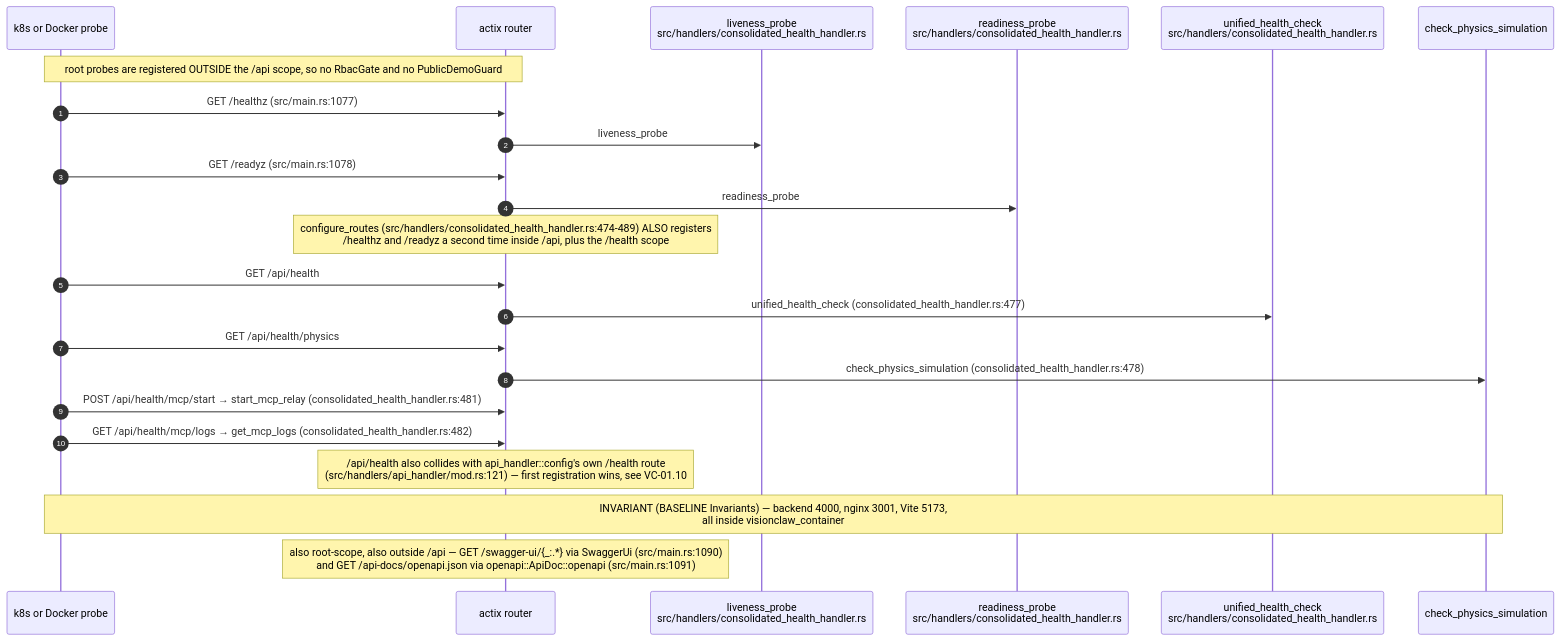
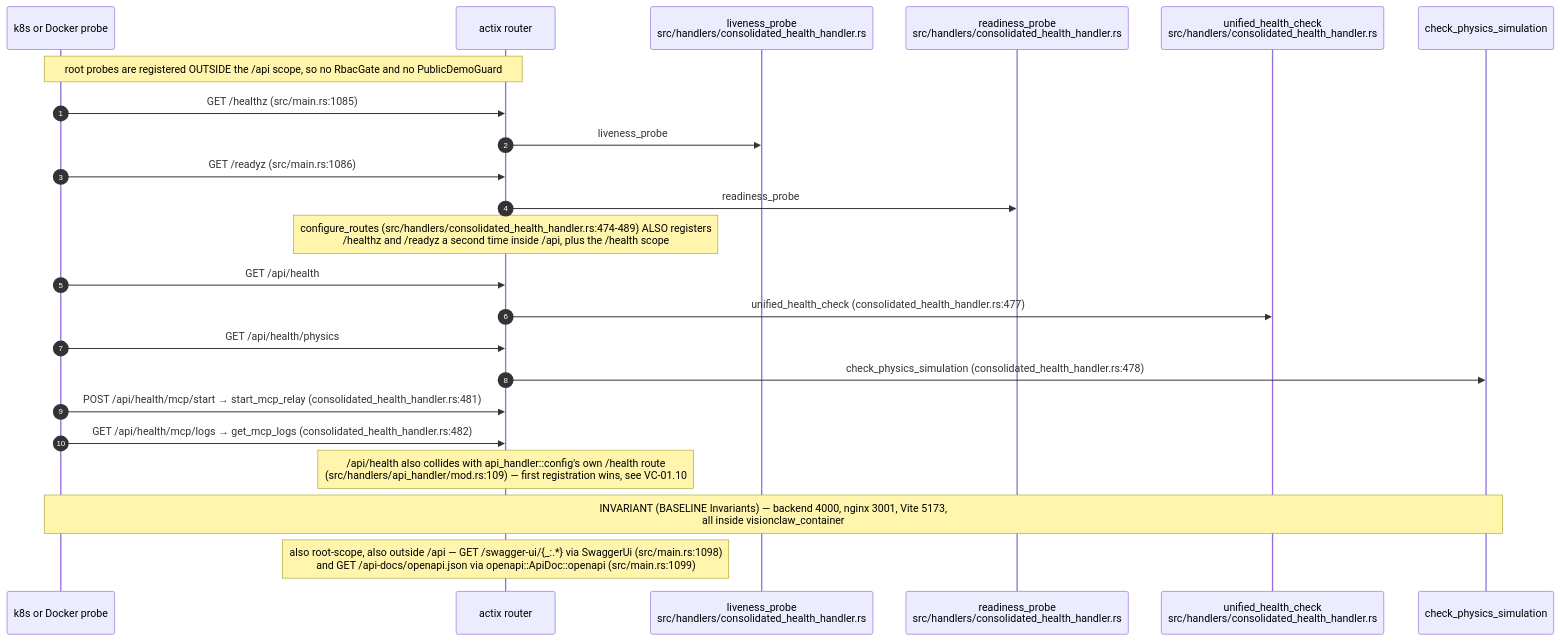
One commit to DreamLab-AI/VisionFlow changed the sixth of 13 diagrams in docs/diagrams/visionclaw/01-boot-and-app-state.md. Above: the diagram before and after it, drawn with Mermaid. The commit also changed other lines of this file and 4 other files, not shown here.

Commit message:
docs(diagrams): visionclaw 01 and 04 after the graph_state_handler removal

````diff
--- a/docs/diagrams/visionclaw/01-boot-and-app-state.md
+++ b/docs/diagrams/visionclaw/01-boot-and-app-state.md
@@ -300,26 +300,26 @@
 ```mermaid
 sequenceDiagram
     autonumber
     participant K as k8s or Docker probe
     participant R as actix router
     participant L as liveness_probe<br/>src/handlers/consolidated_health_handler.rs
     participant D as readiness_probe<br/>src/handlers/consolidated_health_handler.rs
     participant U as unified_health_check<br/>src/handlers/consolidated_health_handler.rs
     participant P as check_physics_simulation
 
     Note over K,R: root probes are registered OUTSIDE the /api scope, so no RbacGate and no PublicDemoGuard
-    K->>R: GET /healthz (src/main.rs:1077)
+    K->>R: GET /healthz (src/main.rs:1085)
     R->>L: liveness_probe
-    K->>R: GET /readyz (src/main.rs:1078)
+    K->>R: GET /readyz (src/main.rs:1086)
     R->>D: readiness_probe
     Note over R: configure_routes (src/handlers/consolidated_health_handler.rs:474-489) ALSO registers<br/>/healthz and /readyz a second time inside /api, plus the /health scope
     K->>R: GET /api/health
     R->>U: unified_health_check (consolidated_health_handler.rs:477)
     K->>R: GET /api/health/physics
     R->>P: check_physics_simulation (consolidated_health_handler.rs:478)
     K->>R: POST /api/health/mcp/start → start_mcp_relay (consolidated_health_handler.rs:481)
     K->>R: GET /api/health/mcp/logs → get_mcp_logs (consolidated_health_handler.rs:482)
-    Note over R: /api/health also collides with api_handler::config's own /health route<br/>(src/handlers/api_handler/mod.rs:121) — first registration wins, see VC-01.10
+    Note over R: /api/health also collides with api_handler::config's own /health route<br/>(src/handlers/api_handler/mod.rs:109) — first registration wins, see VC-01.10
     Note over K,P: INVARIANT (BASELINE Invariants) — backend 4000, nginx 3001, Vite 5173,<br/>all inside visionclaw_container
-    Note over R: also root-scope, also outside /api — GET /swagger-ui/{_:.*} via SwaggerUi (src/main.rs:1090)<br/>and GET /api-docs/openapi.json via openapi::ApiDoc::openapi (src/main.rs:1091)
+    Note over R: also root-scope, also outside /api — GET /swagger-ui/{_:.*} via SwaggerUi (src/main.rs:1098)<br/>and GET /api-docs/openapi.json via openapi::ApiDoc::openapi (src/main.rs:1099)
 ```
````
